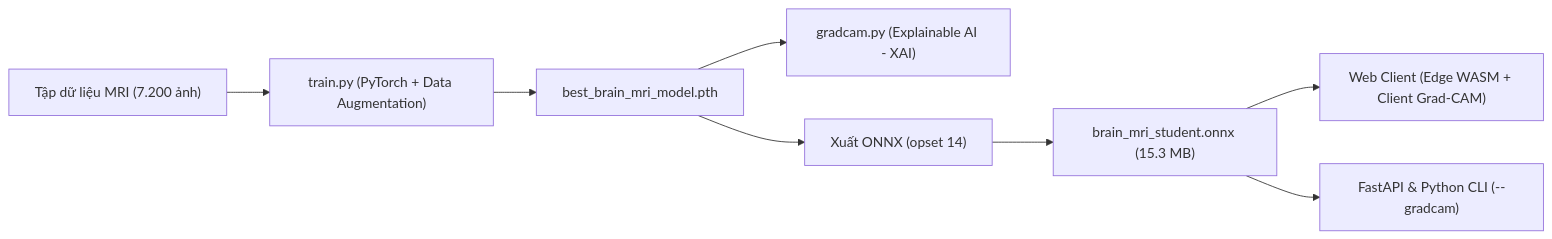
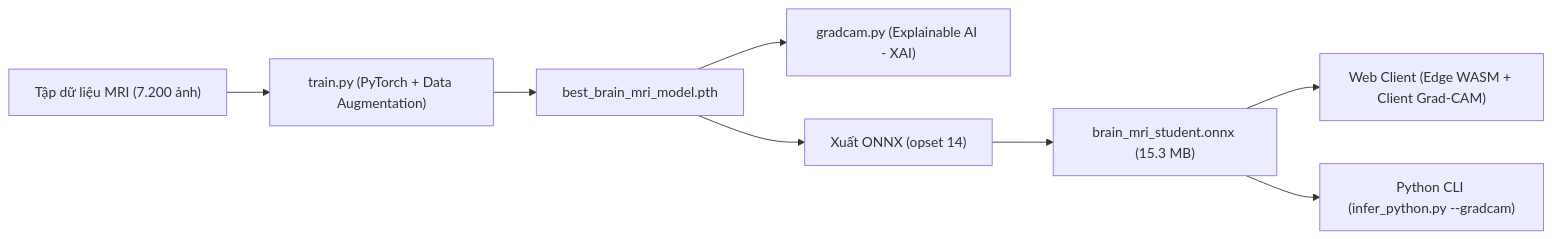
Before and after one commit to phammanh11/NeuroScanAI: the diagram in ai_engine/README.md, drawn with Mermaid. The commit also changed other lines of this file and 11 other files, not shown here.

Commit message:
Dọn dẹp repo theo Phương án A: xóa backend_fastapi trùng lặp, xóa 2 ảnh mẫu thừa và đồng bộ README/schema D1

````diff
--- a/ai_engine/README.md
+++ b/ai_engine/README.md
@@ -29,10 +29,10 @@
 ```mermaid
 flowchart LR
     A["Tập dữ liệu MRI (7.200 ảnh)"] --> B["train.py (PyTorch + Data Augmentation)"]
     B --> C["best_brain_mri_model.pth"]
     C --> D["gradcam.py (Explainable AI - XAI)"]
     C --> E["Xuất ONNX (opset 14)"]
     E --> F["brain_mri_student.onnx (15.3 MB)"]
     F --> G["Web Client (Edge WASM + Client Grad-CAM)"]
-    F --> H["FastAPI & Python CLI (--gradcam)"]
+    F --> H["Python CLI (infer_python.py --gradcam)"]
 ```
````
